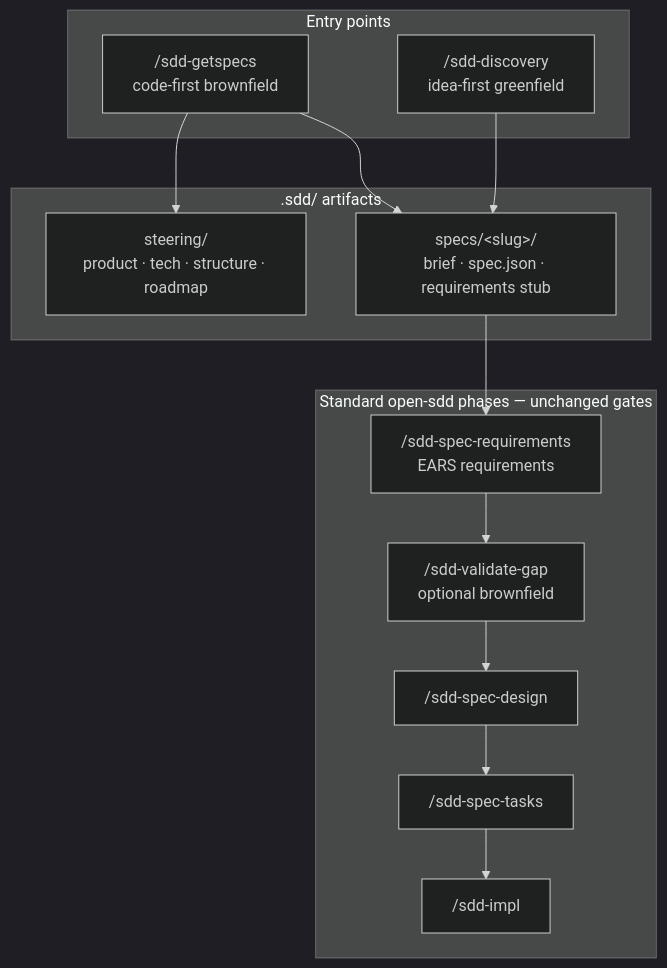
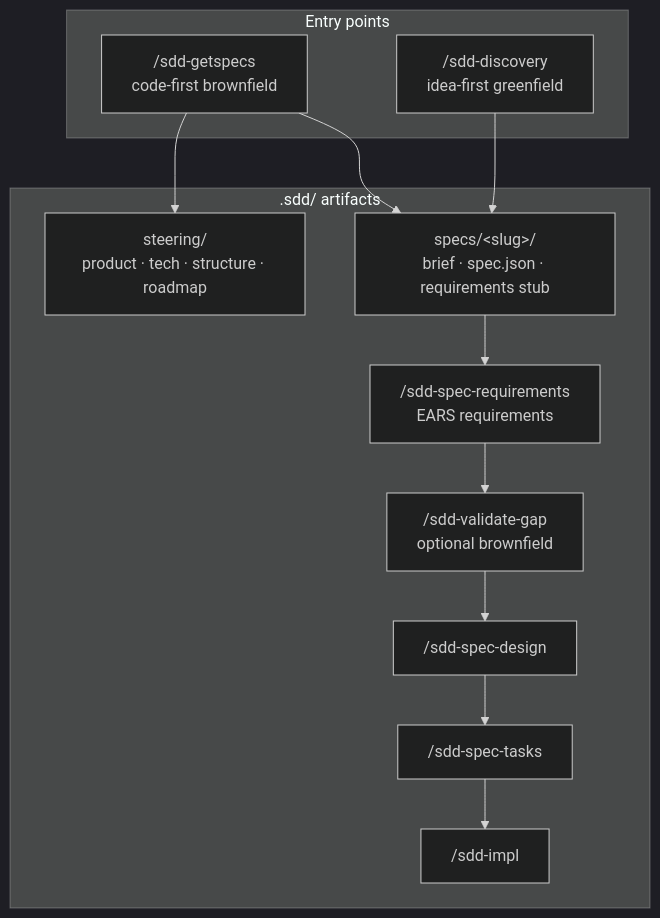
The first of 3 diagrams in docs/guides/brownfield-getspecs.md (Brujo2020/OpenSDD), drawn with Mermaid (dark theme) before and after one commit. The commit also changed other lines of this file and 97 other files, not shown here.

````diff
--- a/docs/guides/brownfield-getspecs.md
+++ b/docs/guides/brownfield-getspecs.md
@@ -34,29 +34,29 @@
 ```mermaid
 flowchart TB
   subgraph entry [Entry points]
     GS["/sdd-getspecs<br/>code-first brownfield"]
     DISC["/sdd-discovery<br/>idea-first greenfield"]
   end
 
-  subgraph kiro [".sdd/ artifacts"]
+  subgraph sdd [".sdd/ artifacts"]
     ST["steering/<br/>product · tech · structure · roadmap"]
     SEED["specs/&lt;slug&gt;/<br/>brief · spec.json · requirements stub"]
   end
 
   subgraph sdd [Standard open-sdd phases — unchanged gates]
     REQ["/sdd-spec-requirements<br/>EARS requirements"]
     GAP["/sdd-validate-gap<br/>optional brownfield"]
     DES["/sdd-spec-design"]
     TSK["/sdd-spec-tasks"]
     IMP["/sdd-impl"]
   end
 
   GS --> ST
   GS --> SEED
   DISC --> SEED
   SEED --> REQ
   REQ --> GAP
   GAP --> DES
   DES --> TSK
   TSK --> IMP
 ```
````
